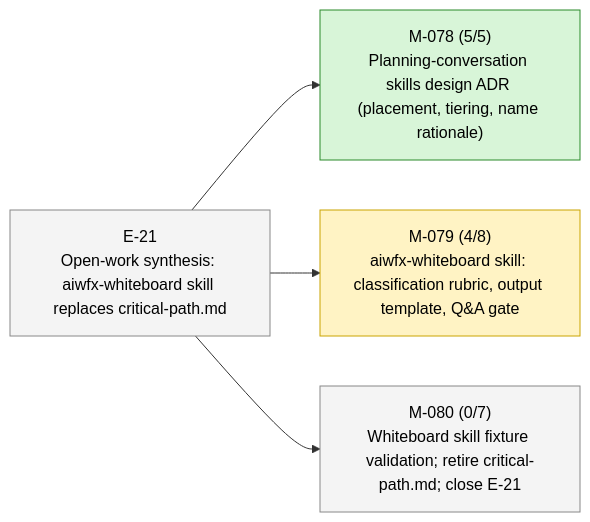
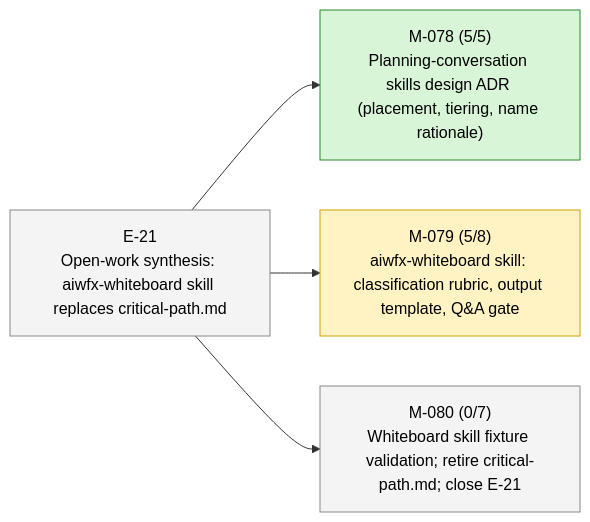
The second of 2 diagrams in STATUS.md (23min/aiwf), drawn with Mermaid before and after one commit. The commit also changed other lines of this file and 1 other file, not shown here.

````diff
--- a/STATUS.md
+++ b/STATUS.md
@@ -47,16 +47,16 @@
 ```mermaid
 flowchart LR
   E_21["E-21<br/>Open-work synthesis: aiwfx-whiteboard skill replaces critical-path.md"]:::epic_proposed
   M_078["M-078 (5/5)<br/>Planning-conversation skills design ADR (placement, tiering, name rationale)"]:::ms_done
   E_21 --> M_078
-  M_079["M-079 (4/8)<br/>aiwfx-whiteboard skill: classification rubric, output template, Q&A gate"]:::ms_in_progress
+  M_079["M-079 (5/8)<br/>aiwfx-whiteboard skill: classification rubric, output template, Q&A gate"]:::ms_in_progress
   E_21 --> M_079
   M_080["M-080 (0/7)<br/>Whiteboard skill fixture validation; retire critical-path.md; close E-21"]:::ms_draft
   E_21 --> M_080
   classDef epic_active fill:#d6eaff,stroke:#1a73e8,color:#000
   classDef epic_proposed fill:#f4f4f4,stroke:#888,color:#000
   classDef ms_done fill:#d8f5d8,stroke:#2a8a2a,color:#000
   classDef ms_in_progress fill:#fff3c4,stroke:#caa400,color:#000
   classDef ms_draft fill:#f4f4f4,stroke:#888,color:#000
   classDef ms_cancelled fill:#fbeaea,stroke:#c33,color:#000
 ```
````
